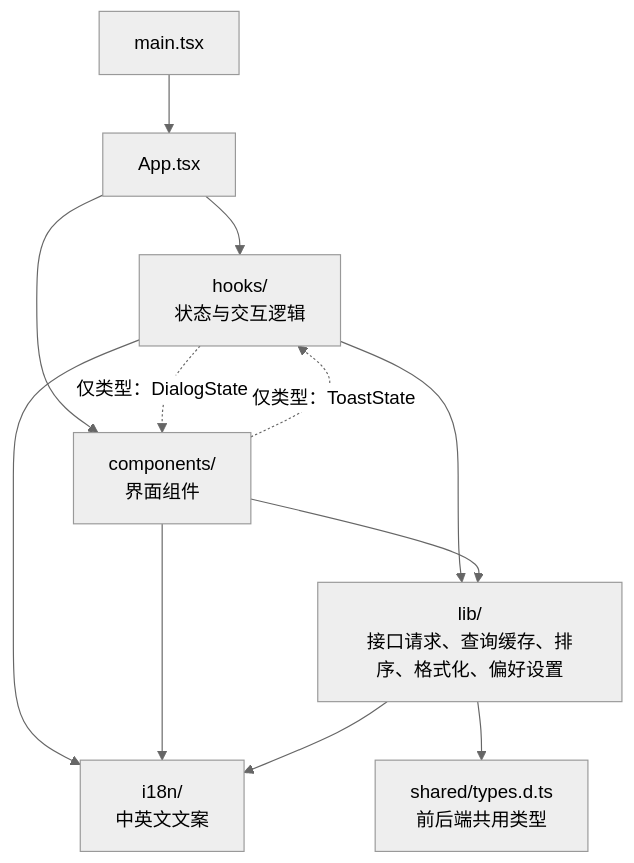
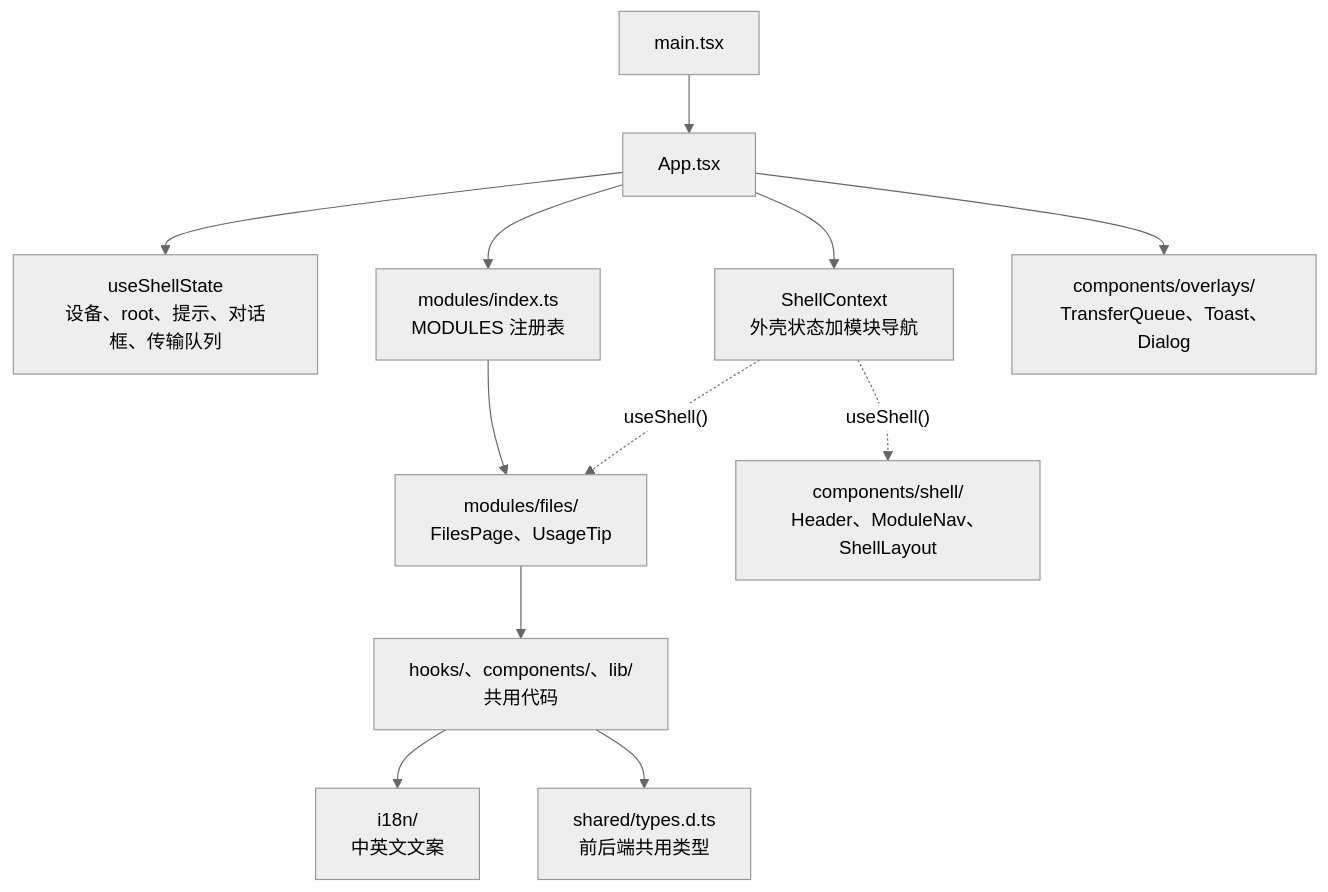
Before and after one commit to wynnyu/adb-file-manager: the fifth of 12 diagrams in docs/architecture.md, drawn with Mermaid (neutral theme). The commit also changed other lines of this file and 3 other files, not shown here.

Commit message:
Document the shell and module layout

````diff
--- a/docs/architecture.md
+++ b/docs/architecture.md
@@ -135,14 +135,14 @@
 ```mermaid
 flowchart TB
   main["main.tsx"] --> App["App.tsx"]
-  App --> hooks["hooks/<br/>状态与交互逻辑"]
-  App --> components["components/<br/>界面组件"]
-  hooks --> lib["lib/<br/>接口请求、查询缓存、排序、格式化、偏好设置"]
-  components --> lib
-  hooks --> i18n["i18n/<br/>中英文文案"]
-  components --> i18n
-  lib --> i18n
-  lib --> shared["shared/types.d.ts<br/>前后端共用类型"]
-  hooks -. "仅类型：DialogState" .-> components
-  components -. "仅类型：ToastState" .-> hooks
+  App --> state["useShellState<br/>设备、root、提示、对话框、传输队列"]
+  App --> ctx["ShellContext<br/>外壳状态加模块导航"]
+  App --> registry["modules/index.ts<br/>MODULES 注册表"]
+  registry --> files["modules/files/<br/>FilesPage、UsageTip"]
+  ctx -. "useShell()" .-> files
+  ctx -. "useShell()" .-> shellui["components/shell/<br/>Header、ModuleNav、ShellLayout"]
+  App --> overlays["components/overlays/<br/>TransferQueue、Toast、Dialog"]
+  files --> shared["hooks/、components/、lib/<br/>共用代码"]
+  shared --> i18n["i18n/<br/>中英文文案"]
+  shared --> shared_types["shared/types.d.ts<br/>前后端共用类型"]
 ```
````
